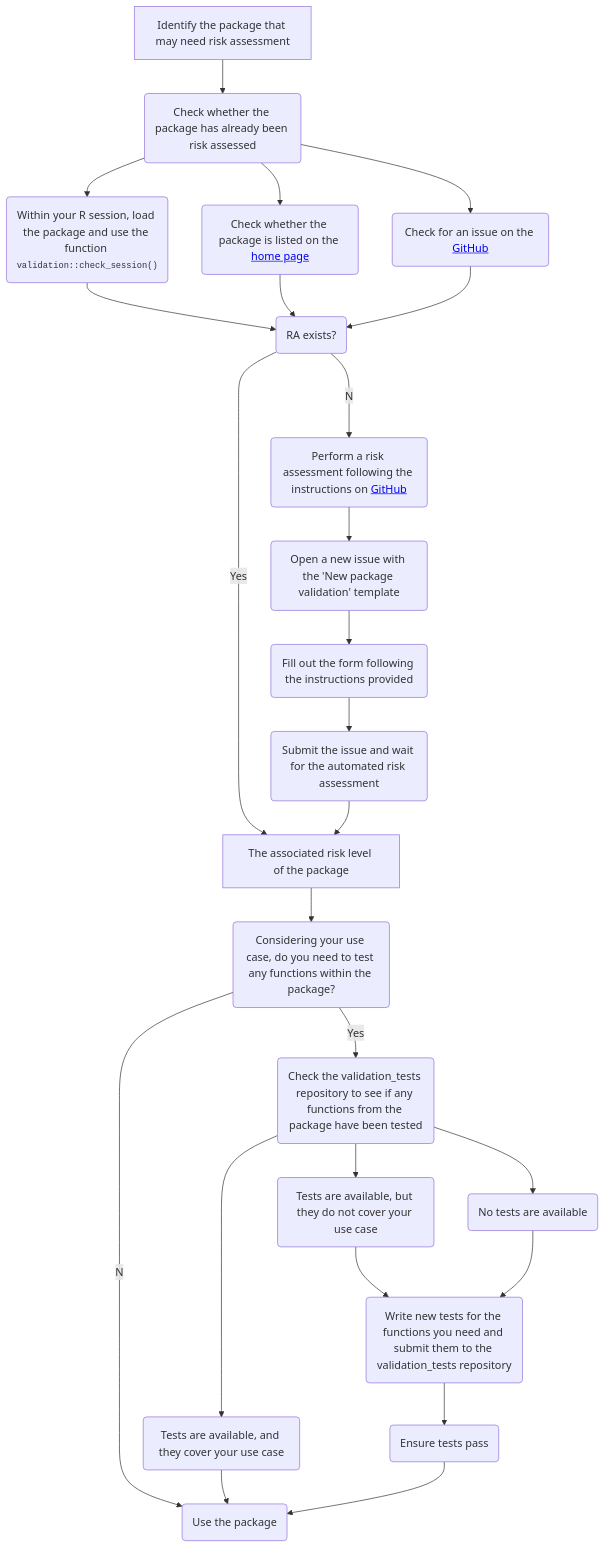
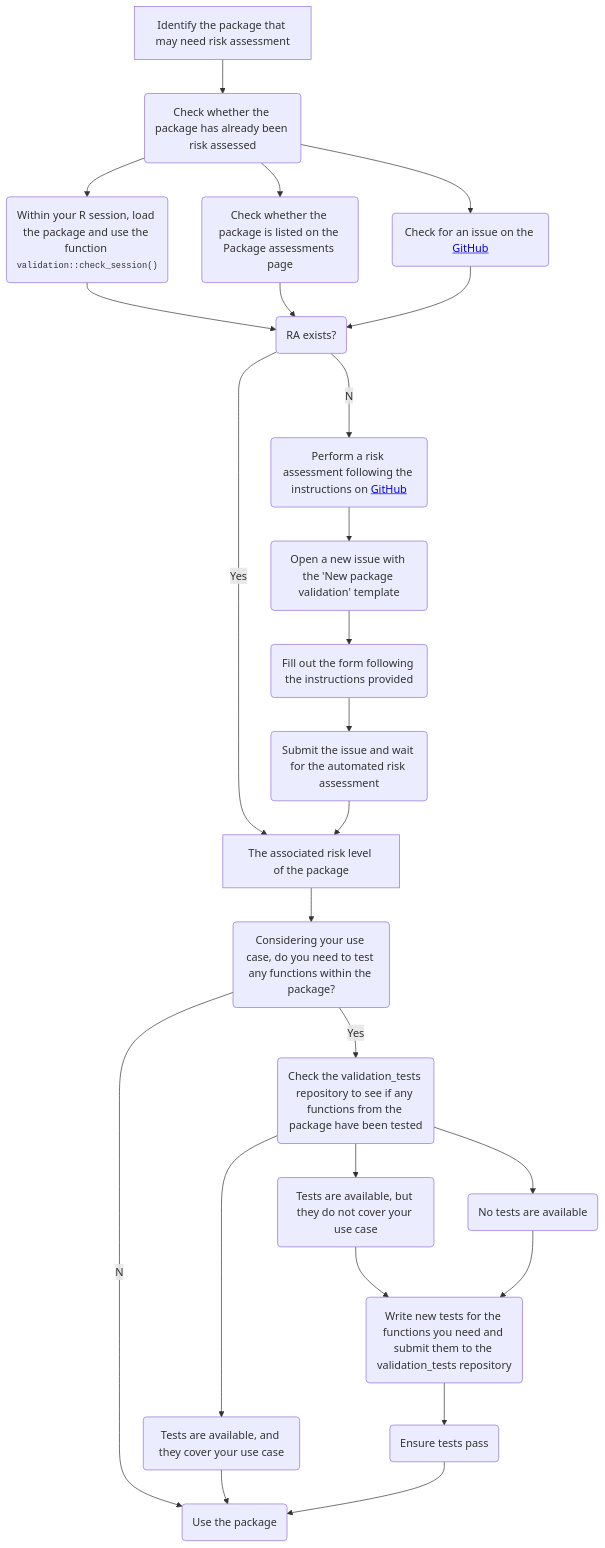
Before and after one commit to SwissClinicalTrialOrganisation/validation_platform: the diagram in wi/pkg_validation.qmd, drawn with Mermaid. The commit also changed other lines of this file, not shown here.

````diff
--- a/wi/pkg_validation.qmd
+++ b/wi/pkg_validation.qmd
@@ -33,30 +33,30 @@
 ```{mermaid}
 flowchart TD
   A[Identify the package that may need risk assessment] --> B(Check whether the package has already been risk assessed)
   B --> C1("`Within your R session, load the package and use the function 
   <span style="font-family:Courier; font-size: 80%">validation::check_session()</span>`")
-  B --> C2(Check whether the package is listed on the <a href='index.html'>home page</a>)
+  B --> C2(Check whether the package is listed on the Package assessments page)
   B --> C3(Check for an issue on the <a href='https://github.com/SwissClinicalTrialOrganisation/pkg_validation/issues'>GitHub</a>)
   C1 --> D(RA exists?)
   C2 --> D
   C3 --> D
   D --Yes--> E[The associated risk level of the package]
   D --No--> F(Perform a risk assessment following the instructions on <a href='https://github.com/SwissClinicalTrialOrganisation/pkg_validation/issues/new/choose'>GitHub</a>)
   F --> G(Open a new issue with the 'New package validation' template)
   G --> H(Fill out the form following the instructions provided)
   H --> J(Submit the issue and wait for the automated risk assessment)
   J --> E
   E --> K(Considering your use case, do you need to test any functions within the package?)
   K --No--> N(Use the package)
   K --Yes--> O(Check the validation_tests repository to see if any functions from the package have been tested)
   O --> P(Tests are available, and they cover your use case)
   O --> Q(Tests are available, but they do not cover your use case)
   O --> R(No tests are available)
   P --> N
   Q --> S(Write new tests for the functions you need and submit them to the validation_tests repository)
   R --> S
   S --> T(Ensure tests pass)
   T --> N
   
   
 ```
````
